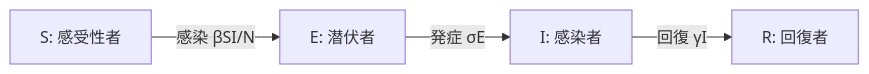
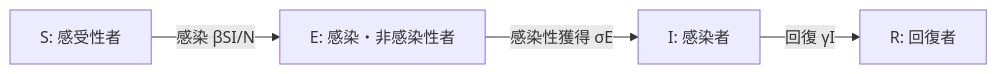
Before and after one commit to k16kgw/Class_Josai_AppliedProgrammingII: the diagram in contents/12_validation.md, drawn with Mermaid. The commit also changed other lines of this file and 17 other files, not shown here.

````diff
--- a/contents/12_validation.md
+++ b/contents/12_validation.md
@@ -560,6 +558,6 @@
 ```{mermaid}
 flowchart LR
-    S["S: 感受性者"] -->|"感染  βSI/N"| E["E: 潜伏者"]
-    E -->|"発症  σE"| I["I: 感染者"]
+    S["S: 感受性者"] -->|"感染  βSI/N"| E["E: 感染・非感染性者"]
+    E -->|"感染性獲得  σE"| I["I: 感染者"]
     I -->|"回復  γI"| R["R: 回復者"]
 ```
````
